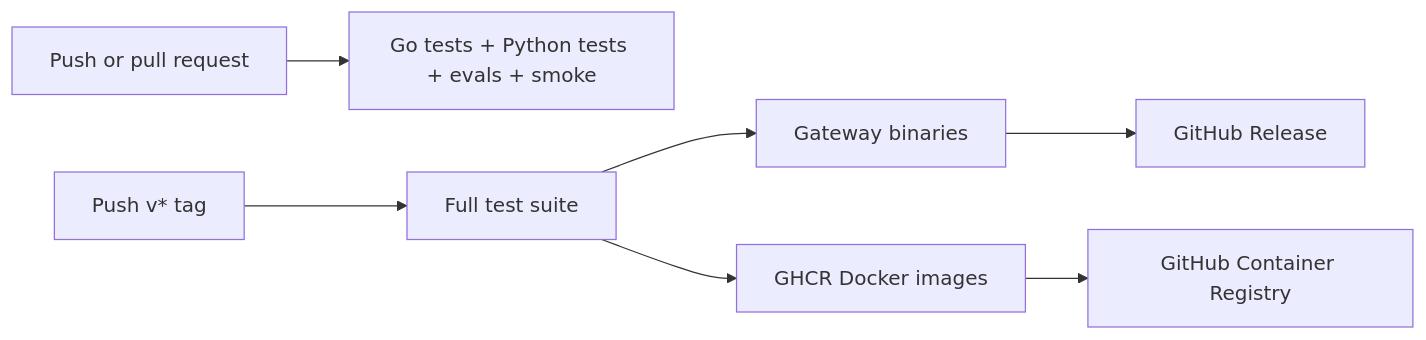
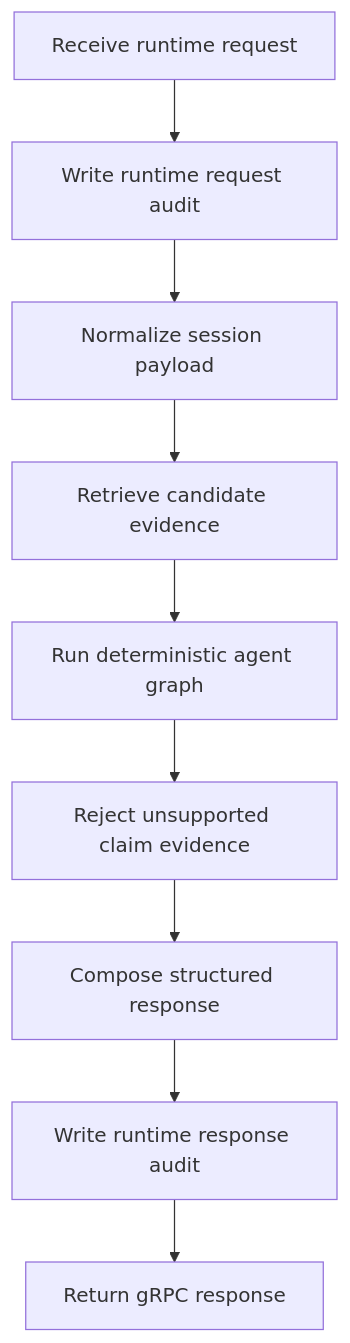
The second of 2 diagrams in README.md (LeeJc02/MedOrbit), drawn with Mermaid before and after one commit. The commit also changed other lines of this file and 1 other file, not shown here.

````diff
--- a/README.md
+++ b/README.md
@@ -61,9 +86,11 @@
 ```mermaid
-flowchart LR
-  push["Push or pull request"] --> tests["Go tests + Python tests + evals + smoke"]
-  tag["Push v* tag"] --> releaseTests["Full test suite"]
-  releaseTests --> binaries["Gateway binaries"]
-  releaseTests --> images["GHCR Docker images"]
-  binaries --> ghRelease["GitHub Release"]
-  images --> ghcr["GitHub Container Registry"]
+flowchart TD
+  start["Receive runtime request"] --> auditRequest["Write runtime request audit"]
+  auditRequest --> parse["Normalize session payload"]
+  parse --> retrieve["Retrieve candidate evidence"]
+  retrieve --> reason["Run deterministic agent graph"]
+  reason --> enforce["Reject unsupported claim evidence"]
+  enforce --> compose["Compose structured response"]
+  compose --> auditResponse["Write runtime response audit"]
+  auditResponse --> finish["Return gRPC response"]
 ```
````
